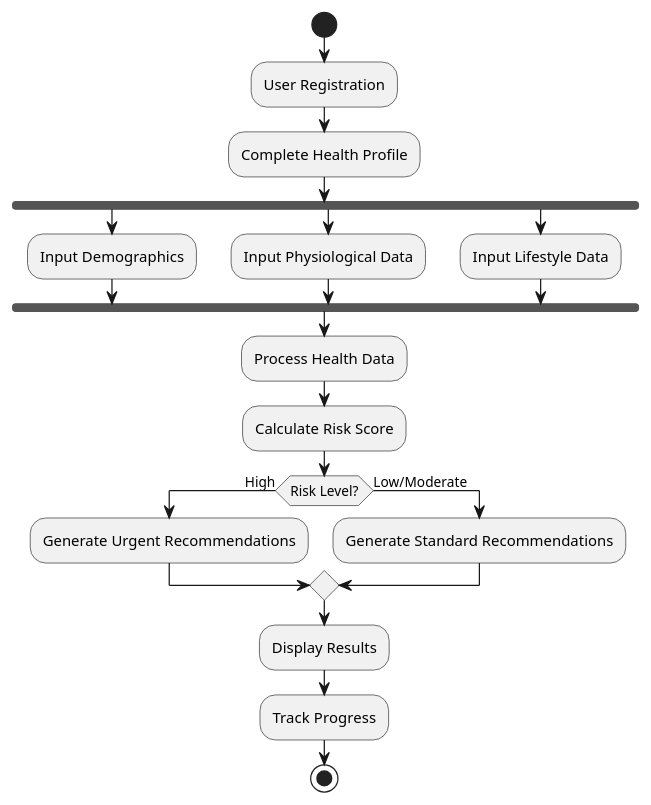
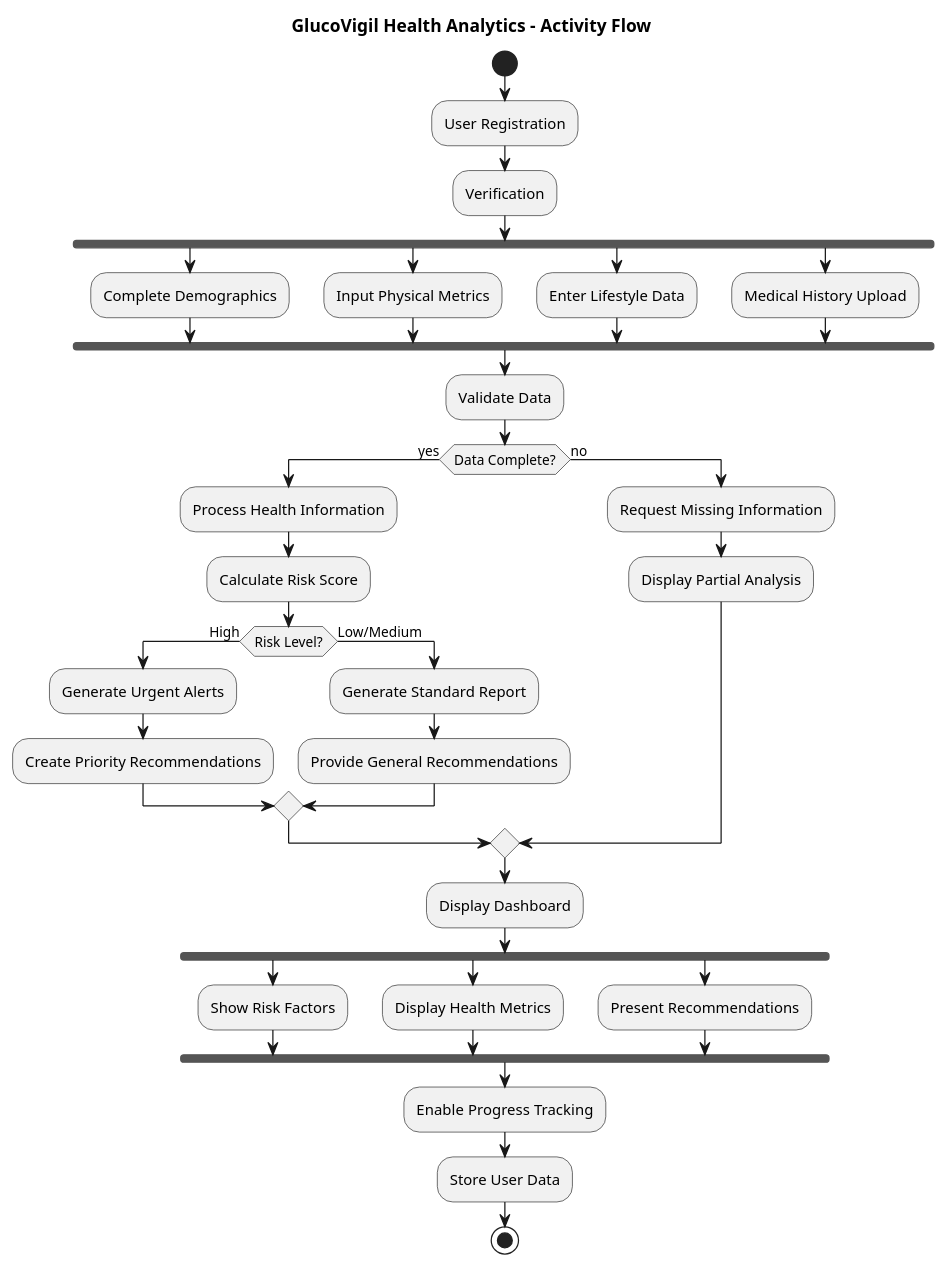
The first of 4 diagrams in docs/diagrams/glucovigil_diagrams.puml (PatnalaMadhuShalini/glucovigil), drawn with PlantUML before and after one commit. The commit also changed other lines of this file and 4 other files, not shown here.

First line of the commit message:
Checkpoint before assistant change: Update diagrams to reflect improved GlucoVigil Health Analytics system workflows and user interactions, including updated use case, activity, and state diagrams.

```diff
--- a/docs/diagrams/glucovigil_diagrams.puml
+++ b/docs/diagrams/glucovigil_diagrams.puml
@@ -29,22 +2,43 @@
-@startuml Activity Diagram
+@startuml "Activity Diagram"
+title GlucoVigil Health Analytics - Activity Flow
+
 start
 :User Registration;
-:Complete Health Profile;
+:Verification;
 fork
-  :Input Demographics;
+  :Complete Demographics;
 fork again
-  :Input Physiological Data;
+  :Input Physical Metrics;
 fork again
-  :Input Lifestyle Data;
+  :Enter Lifestyle Data;
+fork again
+  :Medical History Upload;
 end fork
-:Process Health Data;
-:Calculate Risk Score;
-if (Risk Level?) then (High)
-  :Generate Urgent Recommendations;
-else (Low/Moderate)
-  :Generate Standard Recommendations;
+:Validate Data;
+if (Data Complete?) then (yes)
+  :Process Health Information;
+  :Calculate Risk Score;
+  if (Risk Level?) then (High)
+    :Generate Urgent Alerts;
+    :Create Priority Recommendations;
+  else (Low/Medium)
+    :Generate Standard Report;
+    :Provide General Recommendations;
+  endif
+else (no)
+  :Request Missing Information;
+  :Display Partial Analysis;
 endif
-:Display Results;
-:Track Progress;
+:Display Dashboard;
+fork
+  :Show Risk Factors;
+fork again
+  :Display Health Metrics;
+fork again
+  :Present Recommendations;
+end fork
+:Enable Progress Tracking;
+:Store User Data;
 stop
+
 @enduml
```
